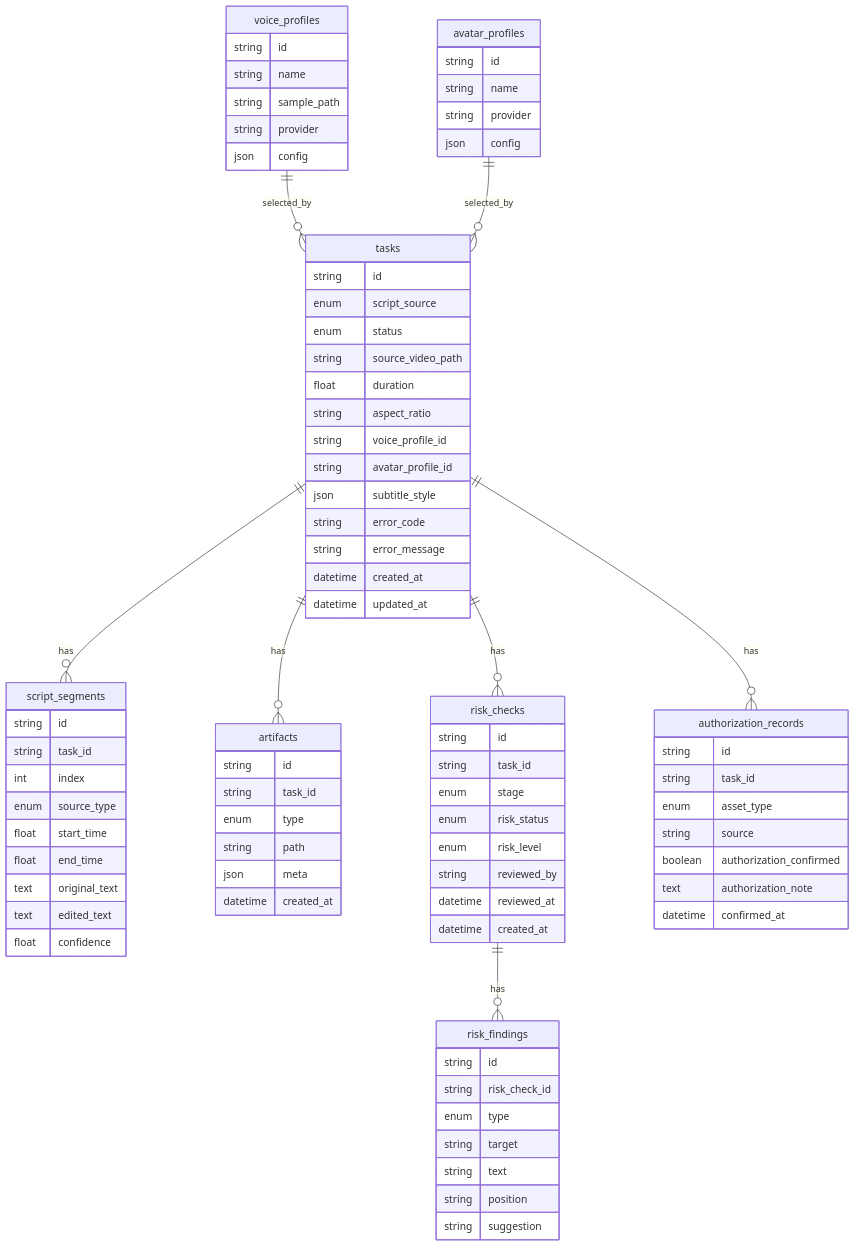
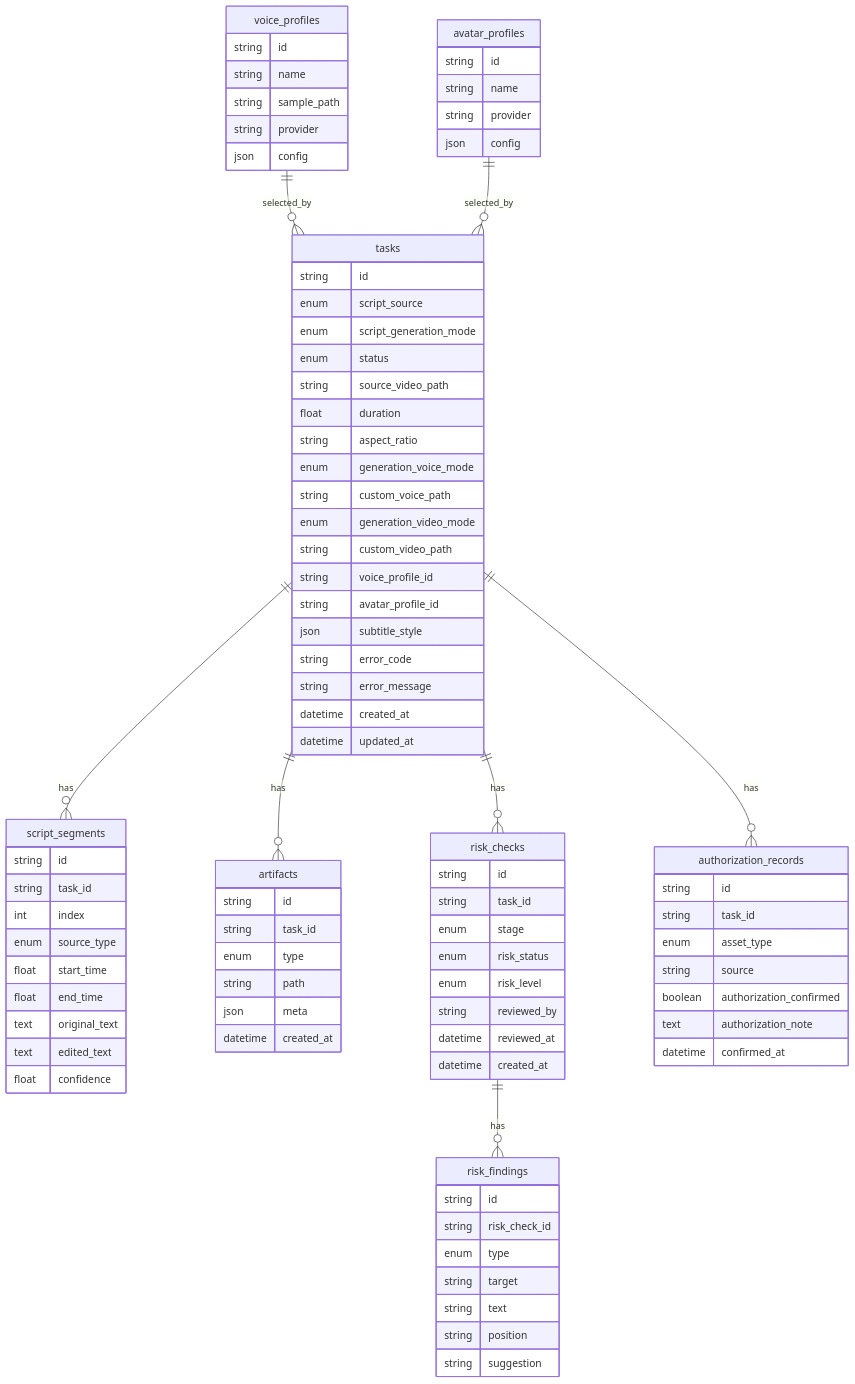
One commit to AlphaSphere/DigitalHuman changed the first of 2 diagrams in docs/database-technical-design.md. Above: the diagram before and after it, drawn with Mermaid. The commit also changed other lines of this file and 11 other files, not shown here.

Commit message:
Update generation flow and docs alignment

```diff
--- a/docs/database-technical-design.md
+++ b/docs/database-technical-design.md
@@ -29,10 +29,15 @@
   tasks {
     string id
     enum script_source
+    enum script_generation_mode
     enum status
     string source_video_path
     float duration
     string aspect_ratio
+    enum generation_voice_mode
+    string custom_voice_path
+    enum generation_video_mode
+    string custom_video_path
     string voice_profile_id
     string avatar_profile_id
     json subtitle_style
```
